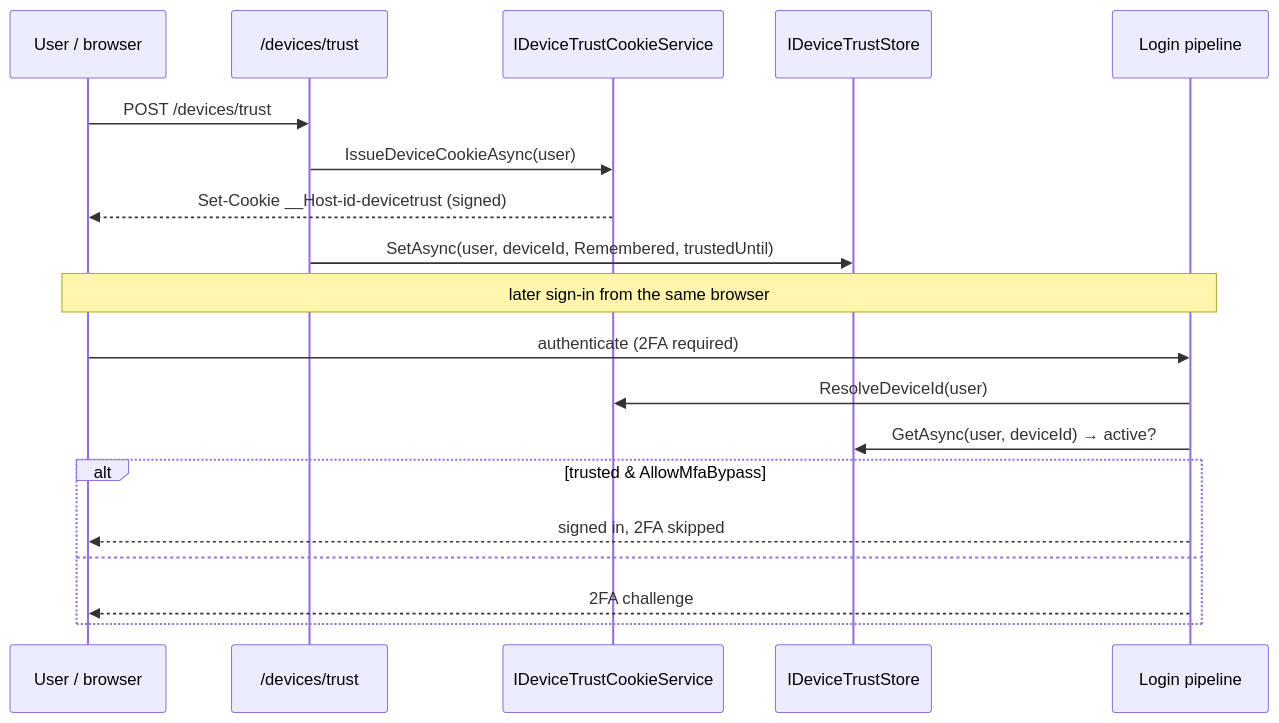
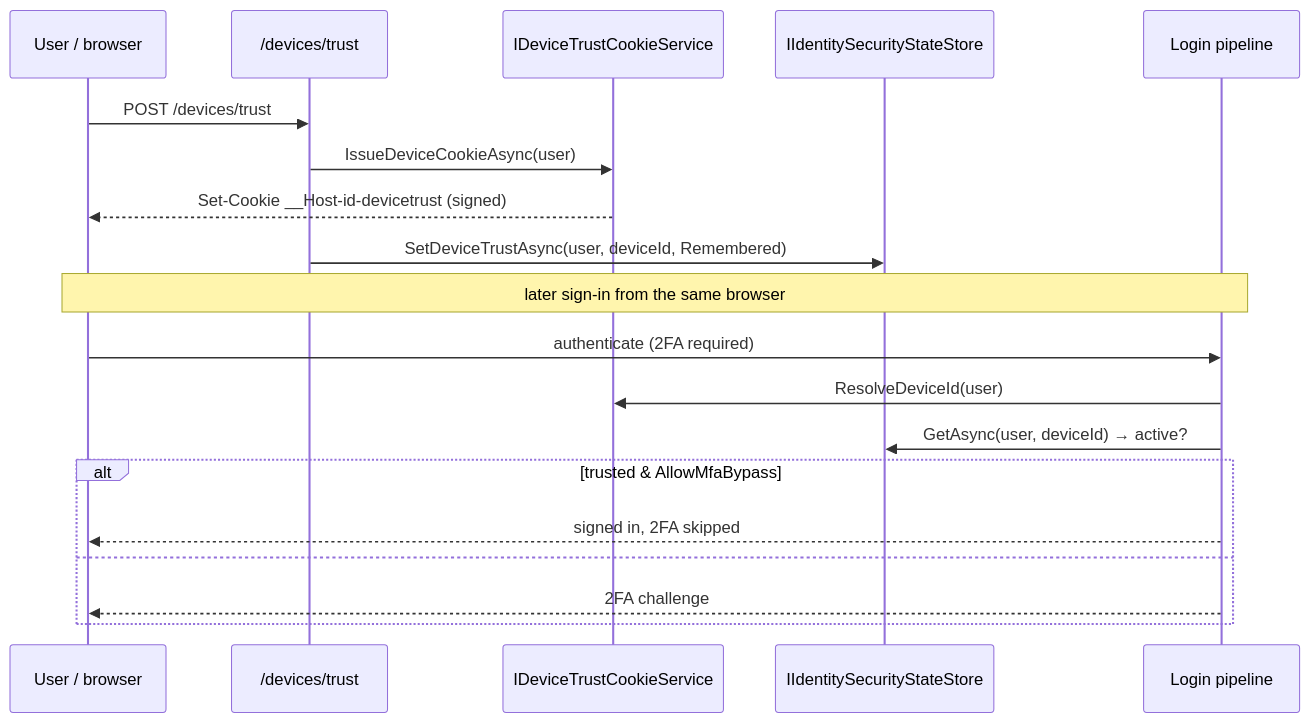
Before and after one commit to granit-fx/granit-docs: the second of 3 diagrams in src/content/docs/dotnet/security/identity.mdx, drawn with Mermaid. The commit also changed other lines of this file and 105 other files, not shown here.

````diff
--- a/src/content/docs/dotnet/security/identity.mdx
+++ b/src/content/docs/dotnet/security/identity.mdx
@@ -459,22 +470,22 @@
 ```mermaid
 sequenceDiagram
     participant U as User / browser
     participant API as /devices/trust
     participant Cookie as IDeviceTrustCookieService
-    participant Store as IDeviceTrustStore
+    participant Store as IIdentitySecurityStateStore
     participant Login as Login pipeline
 
     U->>API: POST /devices/trust
     API->>Cookie: IssueDeviceCookieAsync(user)
     Cookie-->>U: Set-Cookie __Host-id-devicetrust (signed)
-    API->>Store: SetAsync(user, deviceId, Remembered, trustedUntil)
+    API->>Store: SetDeviceTrustAsync(user, deviceId, Remembered)
     Note over U,Login: later sign-in from the same browser
     U->>Login: authenticate (2FA required)
     Login->>Cookie: ResolveDeviceId(user)
     Login->>Store: GetAsync(user, deviceId) → active?
     alt trusted & AllowMfaBypass
         Login-->>U: signed in, 2FA skipped
     else
         Login-->>U: 2FA challenge
     end
 ```
````
